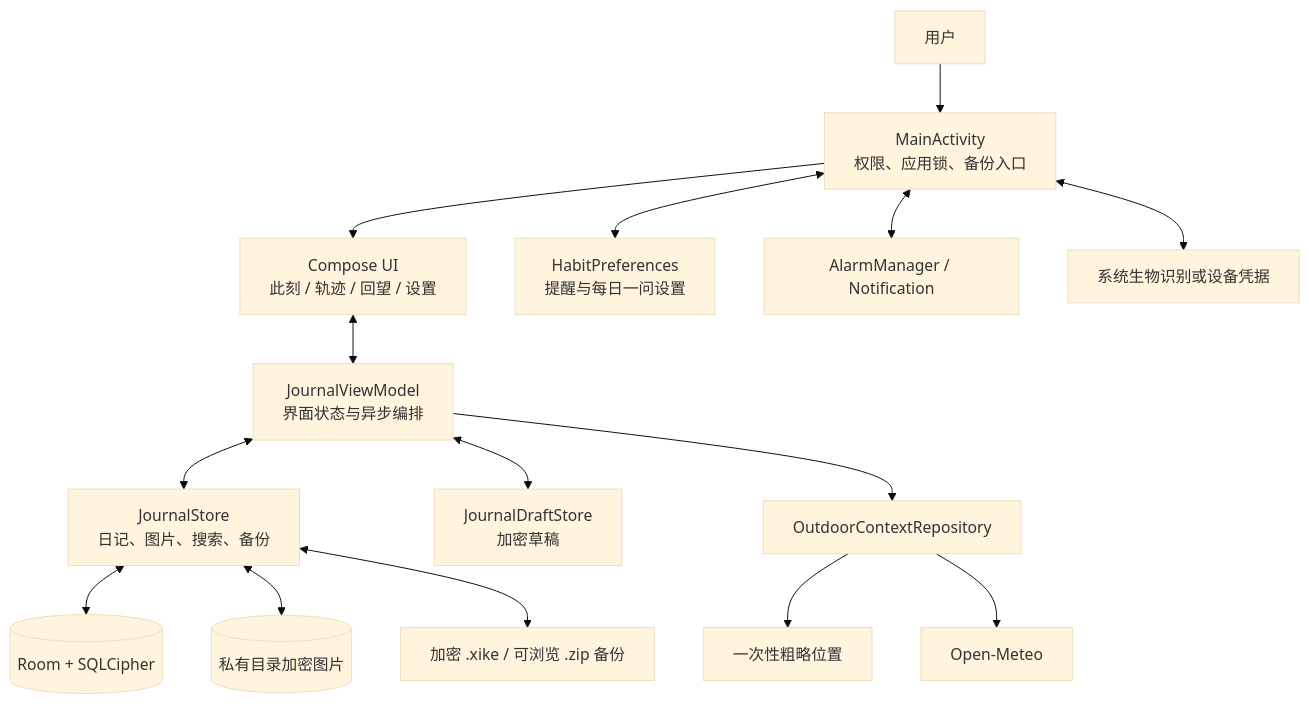
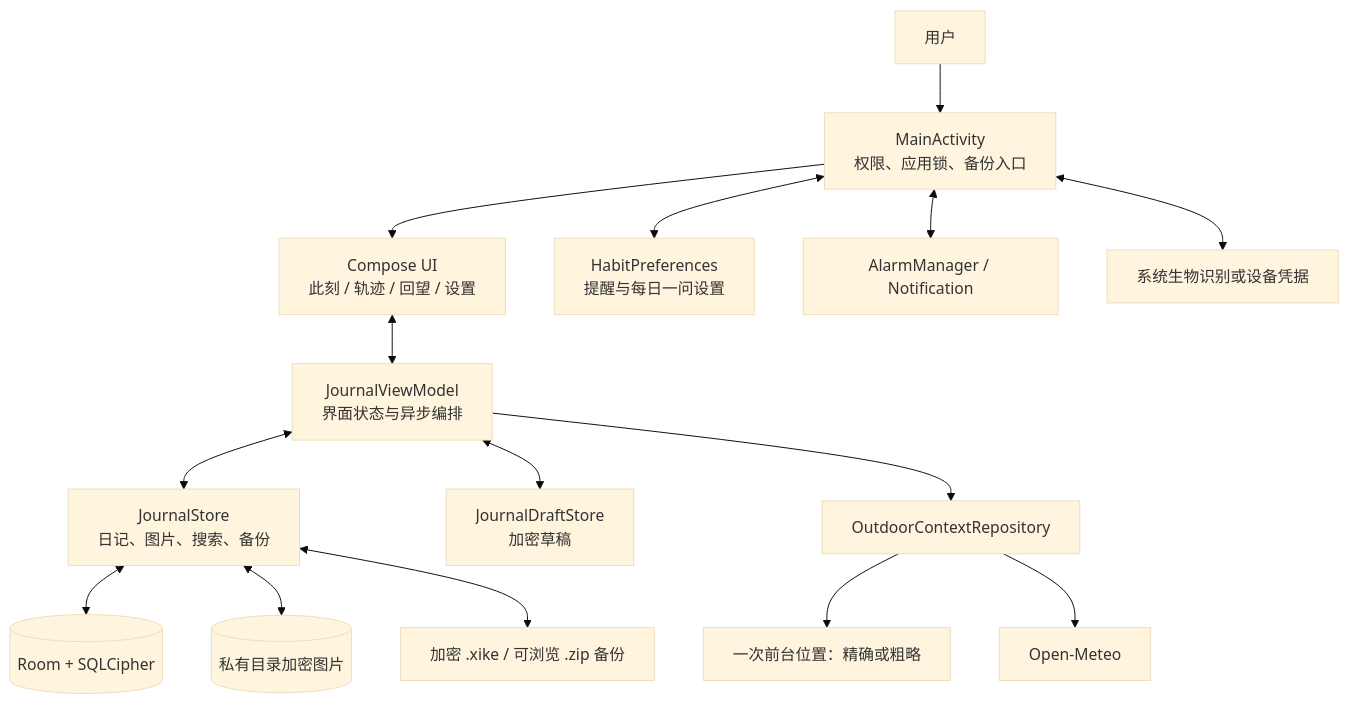
The diagram in docs/repository-overview.md (hi-fullmoon/Xike), drawn with Mermaid (base theme) before and after one commit. The commit also changed other lines of this file and 10 other files, not shown here.

````diff
--- a/docs/repository-overview.md
+++ b/docs/repository-overview.md
@@ -89,17 +89,17 @@
 ```mermaid
 flowchart TD
     User[用户] --> Activity[MainActivity<br/>权限、应用锁、备份入口]
     Activity --> UI[Compose UI<br/>此刻 / 轨迹 / 回望 / 设置]
     UI <--> VM[JournalViewModel<br/>界面状态与异步编排]
     VM <--> Store[JournalStore<br/>日记、图片、搜索、备份]
     VM <--> Draft[JournalDraftStore<br/>加密草稿]
     VM --> Outdoor[OutdoorContextRepository]
     Store <--> Room[(Room + SQLCipher)]
     Store <--> Images[(私有目录加密图片)]
     Store <--> Backup[加密 .xike / 可浏览 .zip 备份]
     Activity <--> Habits[HabitPreferences<br/>提醒与每日一问设置]
     Activity <--> Scheduler[AlarmManager / Notification]
     Activity <--> Biometric[系统生物识别或设备凭据]
-    Outdoor --> Location[一次性粗略位置]
+    Outdoor --> Location[一次前台位置：精确或粗略]
     Outdoor --> Weather[Open-Meteo]
 ```
````
